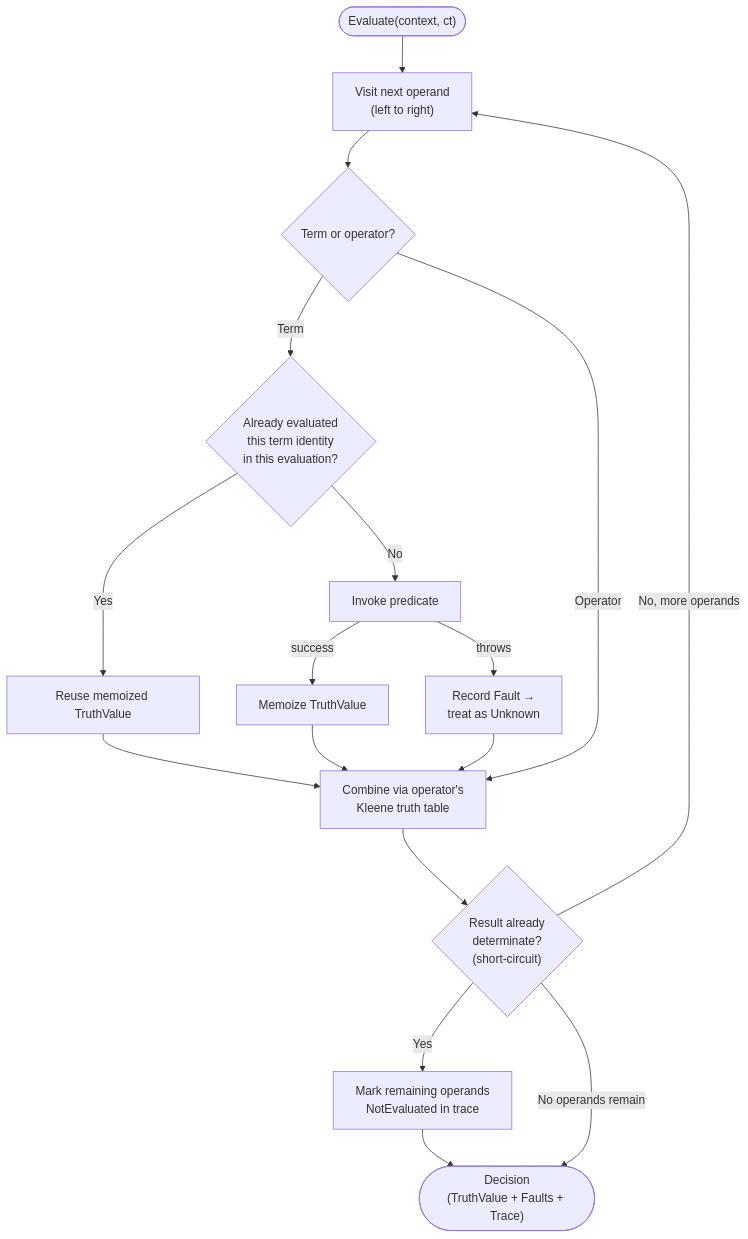
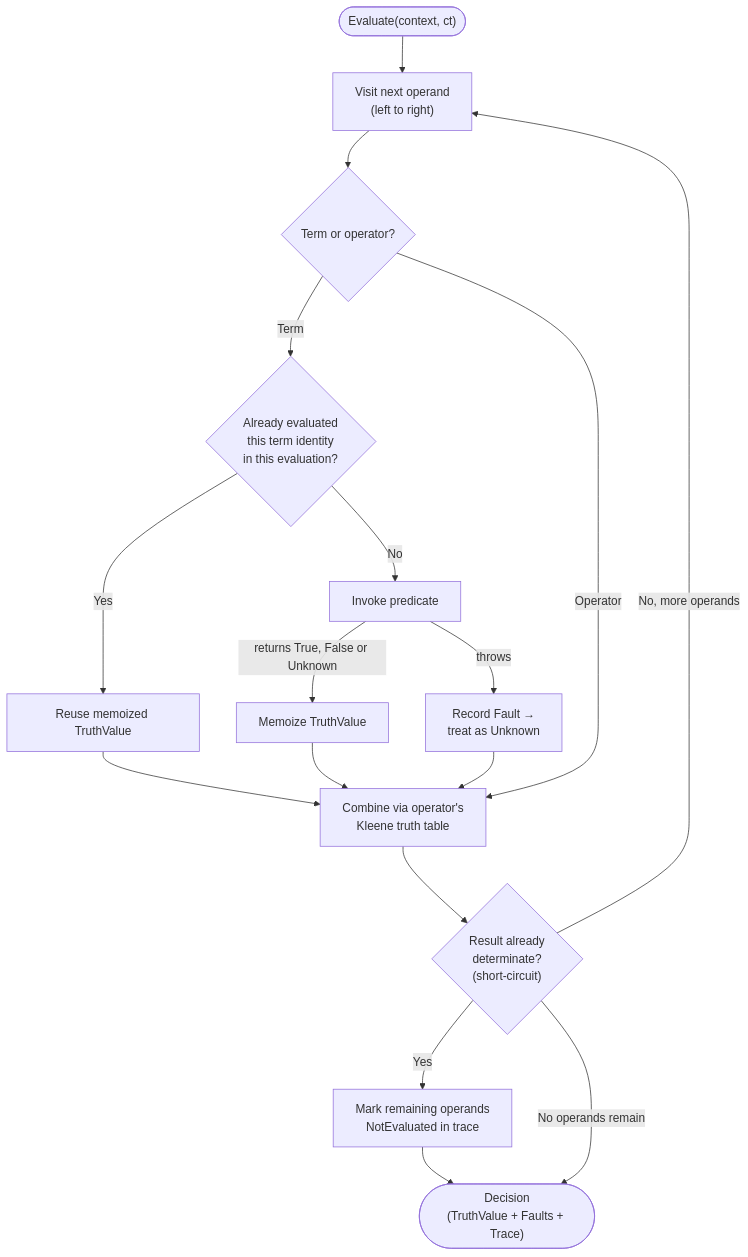
The fourth of 5 diagrams in README.md (rheone/Boolean-Rules-Engine), drawn with Mermaid before and after one commit. The commit also changed other lines of this file and 9 other files, not shown here.

````diff
--- a/README.md
+++ b/README.md
@@ -1698,25 +1785,25 @@
 ```mermaid
 flowchart TD
     Start(["Evaluate(context, ct)"]) --> Visit["Visit next operand<br/>(left to right)"]
     Visit --> IsTerm{"Term or operator?"}
 
     IsTerm -->|"Term"| Memo{"Already evaluated<br/>this term identity<br/>in this evaluation?"}
     Memo -->|"Yes"| Reuse["Reuse memoized TruthValue"]
     Memo -->|"No"| Invoke["Invoke predicate"]
 
-    Invoke -->|"success"| Record["Memoize TruthValue"]
+    Invoke -->|"returns True, False or Unknown"| Record["Memoize TruthValue"]
     Invoke -->|"throws"| Fault["Record Fault →<br/>treat as Unknown"]
 
     Reuse --> Combine
     Record --> Combine
     Fault --> Combine["Combine via operator's<br/>Kleene truth table"]
 
     IsTerm -->|"Operator"| Combine
 
     Combine --> ShortCircuit{"Result already<br/>determinate?<br/>(short-circuit)"}
     ShortCircuit -->|"Yes"| SkipRest["Mark remaining operands<br/>NotEvaluated in trace"]
     ShortCircuit -->|"No, more operands"| Visit
 
     SkipRest --> Done
     ShortCircuit -->|"No operands remain"| Done(["Decision<br/>(TruthValue + Faults + Trace)"])
 ```
````
